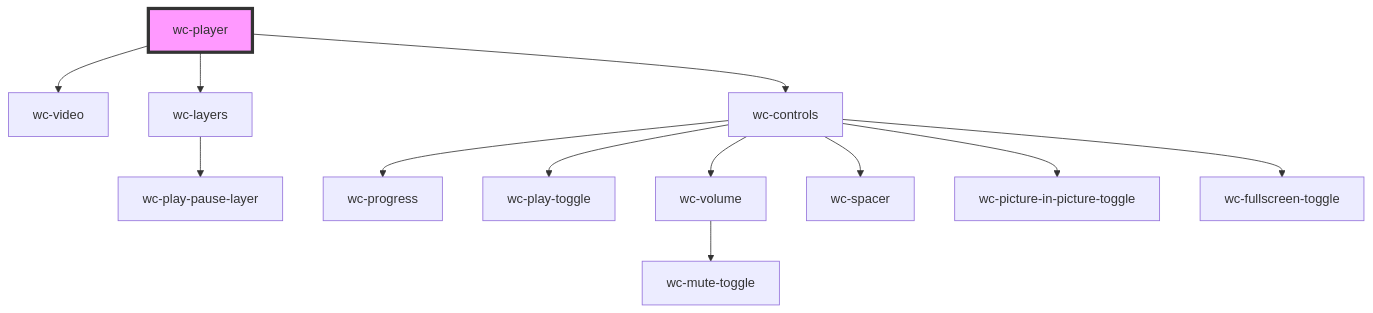
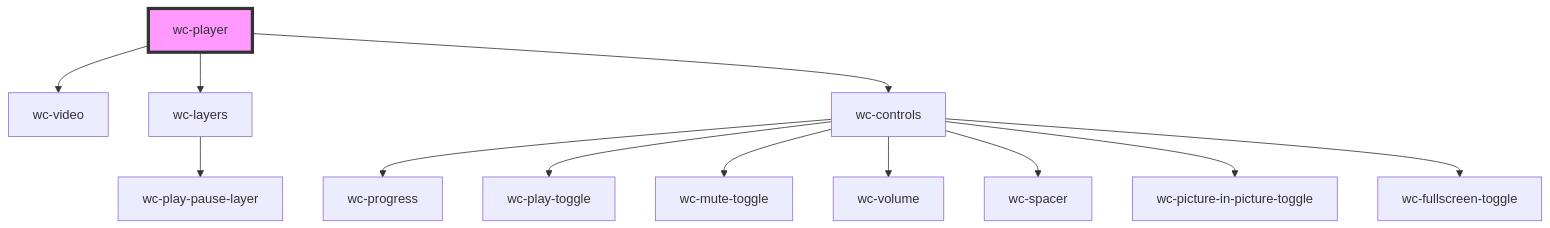
One commit to iChengbo/wcplayer changed the diagram in packages/wcplayer-components/src/components/wc-player/readme.md. Above: the diagram before and after it, drawn with Mermaid. The commit also changed 7 other files, not shown here.

Commit message:
fix(wc-mute-toggle): triggers two click events

````diff
--- a/packages/wcplayer-components/src/components/wc-player/readme.md
+++ b/packages/wcplayer-components/src/components/wc-player/readme.md
@@ -40,15 +40,15 @@
 ```mermaid
 graph TD;
   wc-player --> wc-video
   wc-player --> wc-layers
   wc-player --> wc-controls
   wc-layers --> wc-play-pause-layer
   wc-controls --> wc-progress
   wc-controls --> wc-play-toggle
+  wc-controls --> wc-mute-toggle
   wc-controls --> wc-volume
   wc-controls --> wc-spacer
   wc-controls --> wc-picture-in-picture-toggle
   wc-controls --> wc-fullscreen-toggle
-  wc-volume --> wc-mute-toggle
   style wc-player fill:#f9f,stroke:#333,stroke-width:4px
 ```
````
